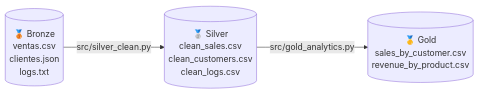
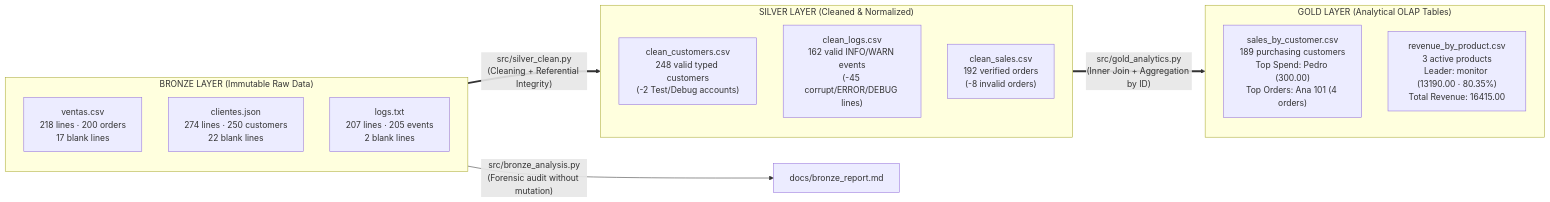
The first of 3 diagrams in README.md (Ignaciobrenas/datacycle-mini-lakehouse), drawn with Mermaid before and after one commit. The commit also changed other lines of this file, not shown here.

Commit message:
docs(readme): expand README with complete Medallion architecture guide and analysis

````diff
--- a/README.md
+++ b/README.md
@@ -11,5 +59,26 @@
 ```mermaid
 flowchart LR
-    B[("🥉 Bronze<br/>ventas.csv<br/>clientes.json<br/>logs.txt")] -->|src/silver_clean.py| S[("🥈 Silver<br/>clean_sales.csv<br/>clean_customers.csv<br/>clean_logs.csv")]
-    S -->|src/gold_analytics.py| G[("🥇 Gold<br/>sales_by_customer.csv<br/>revenue_by_product.csv")]
+    subgraph BRONZE["BRONZE LAYER (Immutable Raw Data)"]
+        direction TB
+        B1["ventas.csv<br/>218 lines · 200 orders<br/>17 blank lines"]
+        B2["clientes.json<br/>274 lines · 250 customers<br/>22 blank lines"]
+        B3["logs.txt<br/>207 lines · 205 events<br/>2 blank lines"]
+    end
+
+    subgraph SILVER["SILVER LAYER (Cleaned & Normalized)"]
+        direction TB
+        S1["clean_customers.csv<br/>248 valid typed customers<br/>(-2 Test/Debug accounts)"]
+        S2["clean_logs.csv<br/>162 valid INFO/WARN events<br/>(-45 corrupt/ERROR/DEBUG lines)"]
+        S3["clean_sales.csv<br/>192 verified orders<br/>(-8 invalid orders)"]
+    end
+
+    subgraph GOLD["GOLD LAYER (Analytical OLAP Tables)"]
+        direction TB
+        G1["sales_by_customer.csv<br/>189 purchasing customers<br/>Top Spend: Pedro (300.00)<br/>Top Orders: Ana 101 (4 orders)"]
+        G2["revenue_by_product.csv<br/>3 active products<br/>Leader: monitor (13190.00 · 80.35%)<br/>Total Revenue: 16415.00"]
+    end
+
+    BRONZE -->|"src/bronze_analysis.py<br/>(Forensic audit without mutation)"| REPORT["docs/bronze_report.md"]
+    BRONZE ==>|"src/silver_clean.py<br/>(Cleaning + Referential Integrity)"| SILVER
+    SILVER ==>|"src/gold_analytics.py<br/>(Inner Join + Aggregation by ID)"| GOLD
 ```
````
